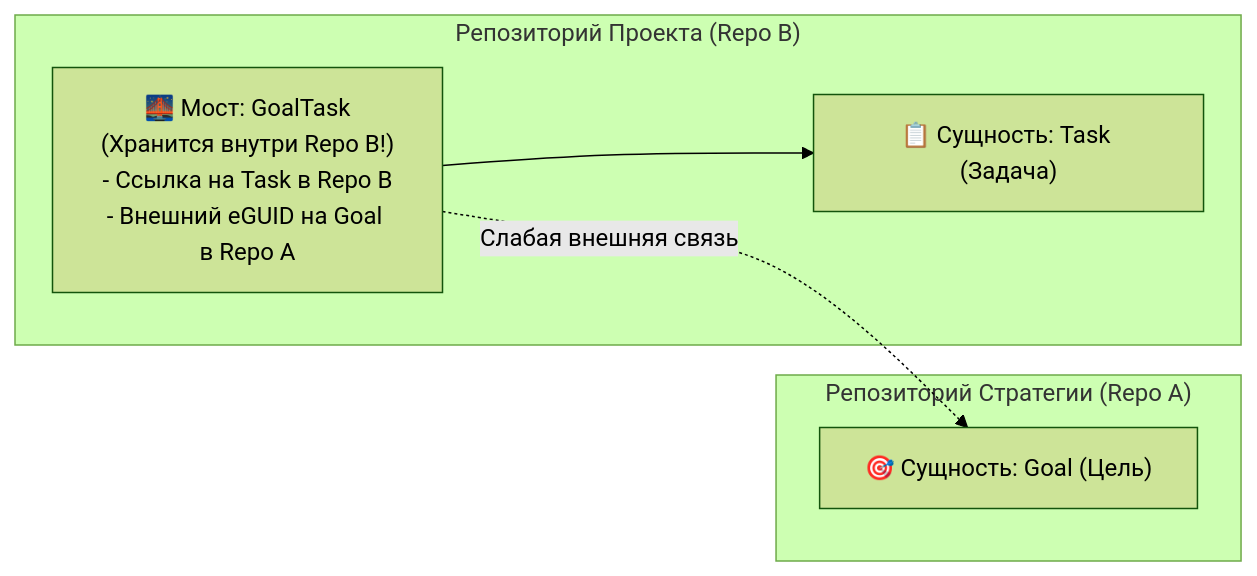
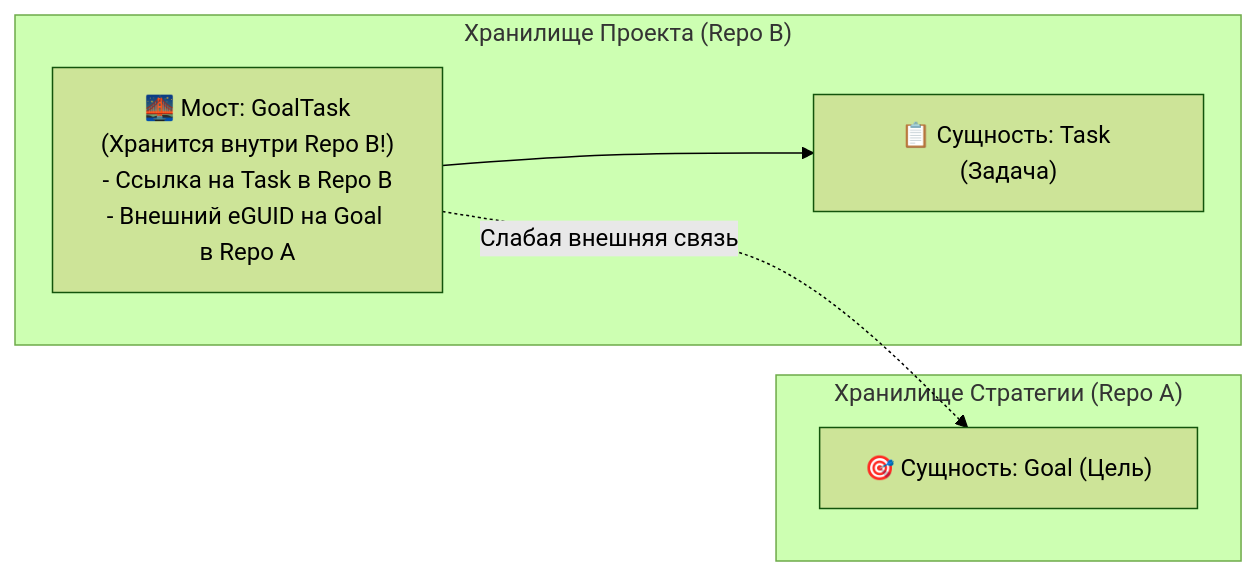
The seventh of 11 diagrams in architecture_presentations/02_leaf_storage_engine/docs/presentation_deck.md (Data-Independence-Network/presentations), drawn with Mermaid (forest theme) before and after one commit. The commit also changed other lines of this file and 28 other files, not shown here.

Commit message:
refactor(terminology): replace 'репозиторий' and derivatives with 'хранилище' and update slide 13 audio

```diff
--- a/architecture_presentations/02_leaf_storage_engine/docs/presentation_deck.md
+++ b/architecture_presentations/02_leaf_storage_engine/docs/presentation_deck.md
@@ -447,14 +447,14 @@
         <div class="mermaid">
 graph LR
-    subgraph RepoA["Репозиторий Стратегии (Repo A)"]
+    subgraph RepoA["Хранилище Стратегии (Repo A)"]
         Goal["🎯 Сущность: Goal (Цель)"]
     end
 
-    subgraph RepoB["Репозиторий Проекта (Repo B)"]
+    subgraph RepoB["Хранилище Проекта (Repo B)"]
         Bridge["🌉 Мост: GoalTask<br/>(Хранится внутри Repo B!)<br/>- Ссылка на Task в Repo B<br/>- Внешний eGUID на Goal в Repo A"]
         Task["📋 Сущность: Task (Задача)"]
         Bridge --> Task
     end
 
     Bridge -.->|Слабая внешняя связь| Goal
         </div>
```
